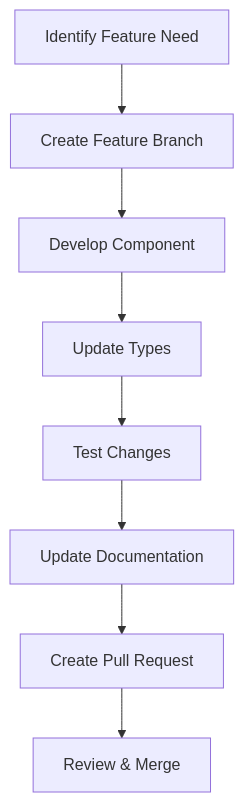
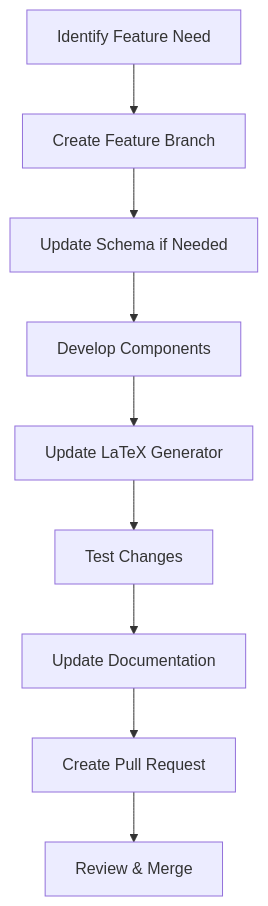
The second of 2 diagrams in README.md (ChanMeng666/easy-resume), drawn with Mermaid before and after one commit. The commit also changed other lines of this file and 2 other files, not shown here.

First line of the commit message:
docs: update documentation to reflect LaTeX generator architecture

````diff
--- a/README.md
+++ b/README.md
@@ -571,10 +618,11 @@
 ```mermaid
 flowchart TD
     A[Identify Feature Need] --> B[Create Feature Branch]
-    B --> C[Develop Component]
-    C --> D[Update Types]
-    D --> E[Test Changes]
-    E --> F[Update Documentation]
-    F --> G[Create Pull Request]
-    G --> H[Review & Merge]
+    B --> C[Update Schema if Needed]
+    C --> D[Develop Components]
+    D --> E[Update LaTeX Generator]
+    E --> F[Test Changes]
+    F --> G[Update Documentation]
+    G --> H[Create Pull Request]
+    H --> I[Review & Merge]
 ```
````
